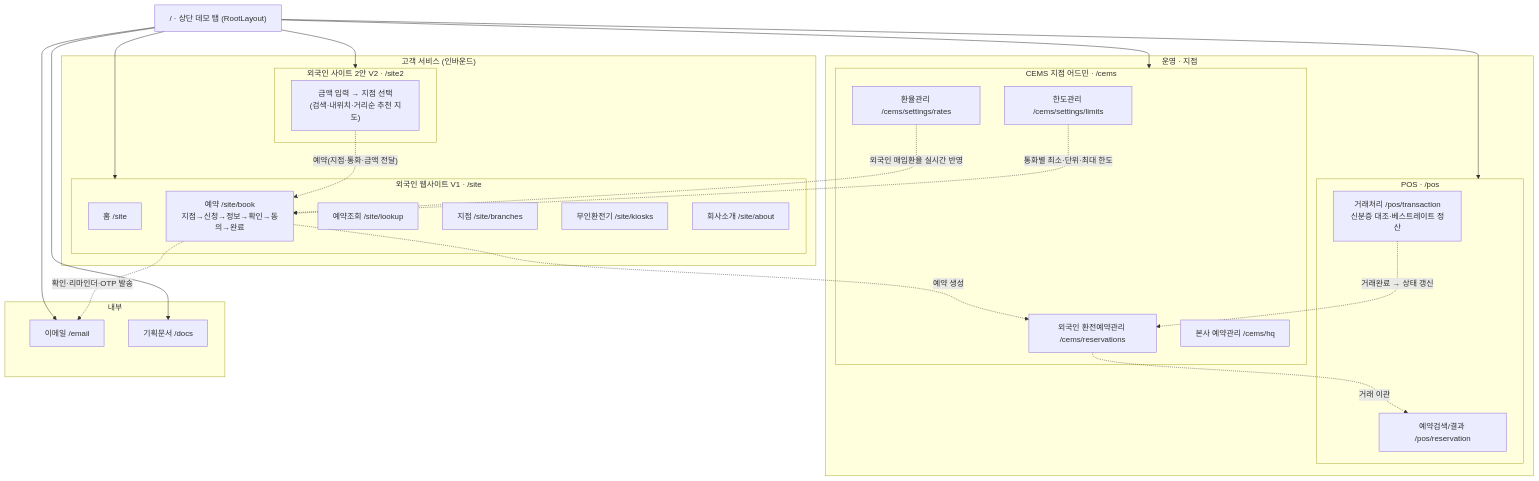
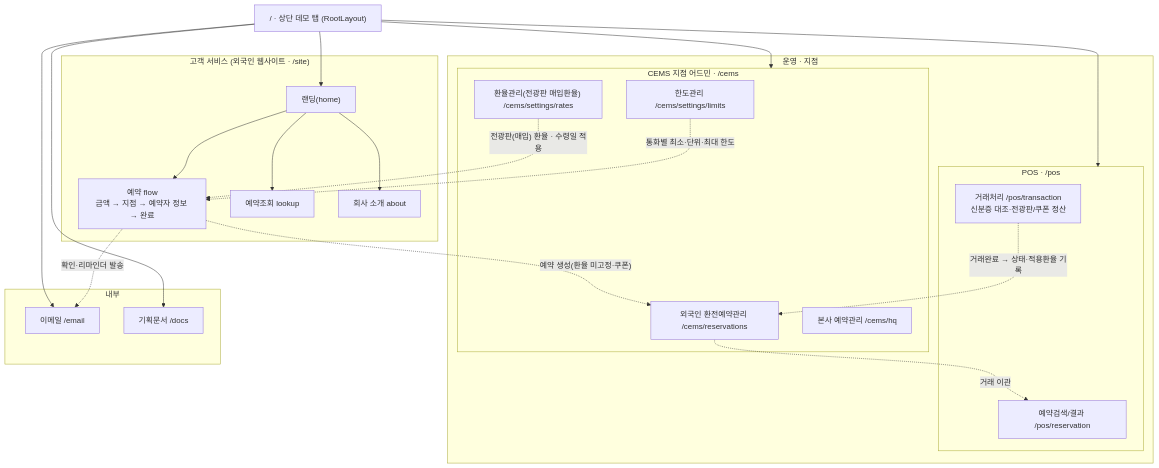
One commit to ahyeonine/moneybox_fw01 changed the diagram in docs-plan/02_구조도.mermaid. Above: the diagram before and after it, drawn with Mermaid. The commit also changed 24 other files, not shown here.

```diff
--- a/docs-plan/02_구조도.mermaid
+++ b/docs-plan/02_구조도.mermaid
@@ -1,50 +1,44 @@
 graph TD
   Root["/ · 상단 데모 탭 (RootLayout)"]
 
-  subgraph CUST["고객 서비스 (인바운드)"]
-    subgraph SV1["외국인 웹사이트 V1 · /site"]
-      V1H["홈 /site"]
-      V1B["예약 /site/book<br/>지점→신청→정보→확인→동의→완료"]
-      V1L["예약조회 /site/lookup"]
-      V1Br["지점 /site/branches"]
-      V1K["무인환전기 /site/kiosks"]
-      V1A["회사소개 /site/about"]
-    end
-    subgraph SV2["외국인 사이트 2안 V2 · /site2"]
-      V2F["금액 입력 → 지점 선택<br/>(검색·내위치·거리순 추천 지도)"]
-    end
+  subgraph CUST["고객 서비스 (외국인 웹사이트 · /site)"]
+    SITE["랜딩(home)"]
+    FLOW["예약 flow<br/>금액 → 지점 → 예약자 정보 → 완료"]
+    LOOK["예약조회 lookup"]
+    ABOUT["회사 소개 about"]
+    SITE --> FLOW
+    SITE --> LOOK
+    SITE --> ABOUT
   end
 
   subgraph OPS["운영 · 지점"]
     subgraph SCEMS["CEMS 지점 어드민 · /cems"]
       C1["외국인 환전예약관리 /cems/reservations"]
       C2["본사 예약관리 /cems/hq"]
-      C3["환율관리 /cems/settings/rates"]
+      C3["환율관리(전광판 매입환율) /cems/settings/rates"]
       C4["한도관리 /cems/settings/limits"]
     end
     subgraph SPOS["POS · /pos"]
       P2["예약검색/결과 /pos/reservation"]
-      P3["거래처리 /pos/transaction<br/>신분증 대조·베스트레이트 정산"]
+      P3["거래처리 /pos/transaction<br/>신분증 대조·전광판/쿠폰 정산"]
     end
   end
 
   subgraph INT["내부"]
     Email["이메일 /email"]
     Docs["기획문서 /docs"]
   end
 
-  Root --> SV1
-  Root --> SV2
+  Root --> SITE
   Root --> SCEMS
   Root --> SPOS
   Root --> Email
   Root --> Docs
 
   %% 시스템 간 연동 (점선)
-  V2F -. "예약(지점·통화·금액 전달)" .-> V1B
-  C3 -. "외국인 매입환율 실시간 반영" .-> V1B
-  C4 -. "통화별 최소·단위·최대 한도" .-> V1B
-  V1B -. "예약 생성" .-> C1
-  V1B -. "확인·리마인더·OTP 발송" .-> Email
+  C3 -. "전광판(매입) 환율 · 수령일 적용" .-> FLOW
+  C4 -. "통화별 최소·단위·최대 한도" .-> FLOW
+  FLOW -. "예약 생성(환율 미고정·쿠폰)" .-> C1
+  FLOW -. "확인·리마인더 발송" .-> Email
   C1 -. "거래 이관" .-> P2
-  P3 -. "거래완료 → 상태 갱신" .-> C1
+  P3 -. "거래완료 → 상태·적용환율 기록" .-> C1
```
